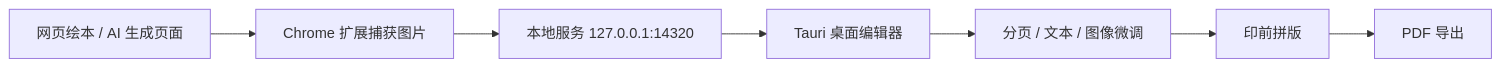
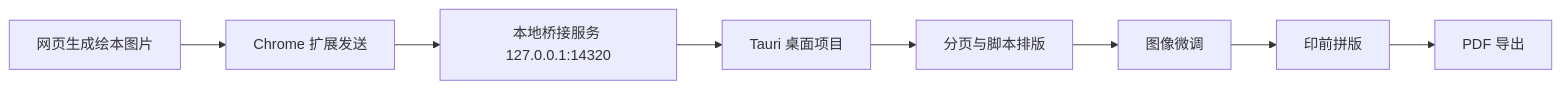
Before and after one commit to glenzli/storybook-co-editor: the diagram in README.md, drawn with Mermaid. The commit also changed other lines of this file and 12 other files, not shown here.

````diff
--- a/README.md
+++ b/README.md
@@ -37,9 +54,10 @@
 ```mermaid
 flowchart LR
-  A["网页绘本 / AI 生成页面"] --> B["Chrome 扩展捕获图片"]
-  B --> C["本地服务 127.0.0.1:14320"]
-  C --> D["Tauri 桌面编辑器"]
-  D --> E["分页 / 文本 / 图像微调"]
-  E --> F["印前拼版"]
-  F --> G["PDF 导出"]
+  A["网页生成绘本图片"] --> B["Chrome 扩展发送"]
+  B --> C["本地桥接服务 127.0.0.1:14320"]
+  C --> D["Tauri 桌面项目"]
+  D --> E["分页与脚本排版"]
+  E --> F["图像微调"]
+  F --> G["印前拼版"]
+  G --> H["PDF 导出"]
 ```
````
